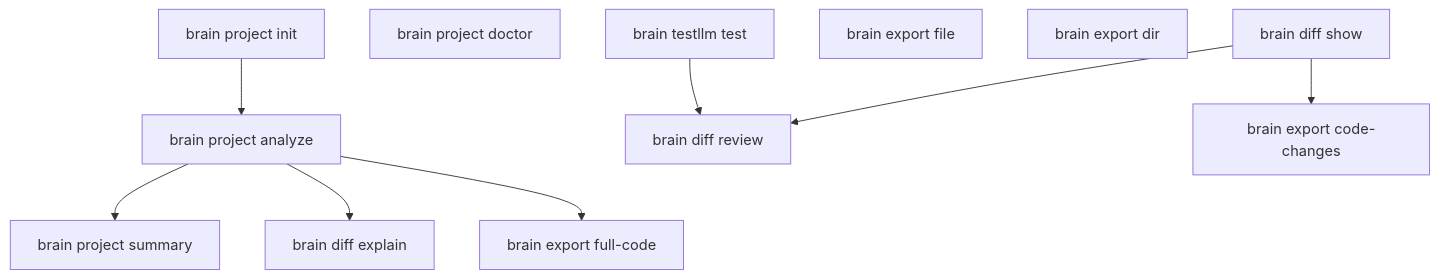
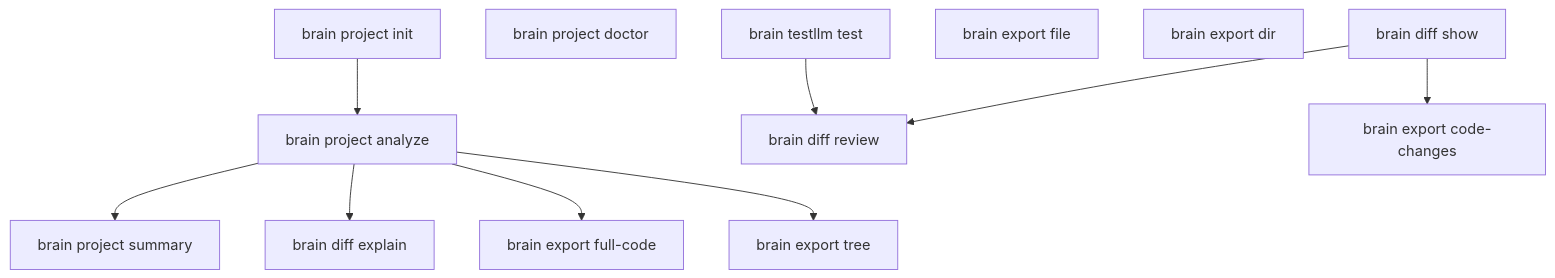
Before and after one commit to Srujan-Amaragatti05/project-brain: the diagram in docs-generated/architecture/WORKFLOW_GRAPH.md, drawn with Mermaid. The commit also changed 95 other files, not shown here.

````diff
--- a/docs-generated/architecture/WORKFLOW_GRAPH.md
+++ b/docs-generated/architecture/WORKFLOW_GRAPH.md
@@ -5,22 +5,24 @@
 ```mermaid
 graph TD
     brain_project_init["brain project init"]
     brain_project_init --> brain_project_analyze
     brain_project_analyze --> brain_project_summary
     brain_project_analyze["brain project analyze"]
     brain_project_summary["brain project summary"]
     brain_project_doctor["brain project doctor"]
     brain_diff_show["brain diff show"]
     brain_diff_review["brain diff review"]
     brain_diff_show --> brain_diff_review
     brain_diff_explain["brain diff explain"]
     brain_project_analyze --> brain_diff_explain
     brain_export_full_code["brain export full-code"]
     brain_project_analyze --> brain_export_full_code
     brain_export_file["brain export file"]
     brain_export_dir["brain export dir"]
     brain_export_code_changes["brain export code-changes"]
     brain_diff_show --> brain_export_code_changes
+    brain_export_tree["brain export tree"]
+    brain_project_analyze --> brain_export_tree
     brain_testllm_test["brain testllm test"]
     brain_testllm_test --> brain_diff_review
 ```
````
